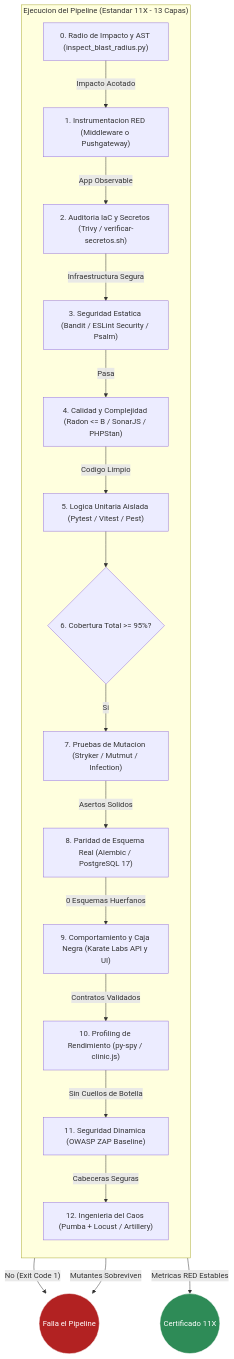
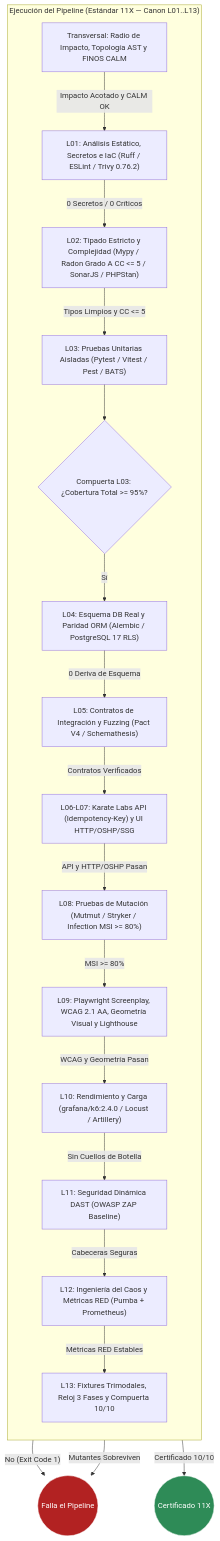
The third of 3 diagrams in docs/ARCHITECTURE_C4.es.md (tecno-consultores/qa-testing-blueprints), drawn with Mermaid before and after one commit. The commit also changed other lines of this file and 304 other files, not shown here.

````diff
--- a/docs/ARCHITECTURE_C4.es.md
+++ b/docs/ARCHITECTURE_C4.es.md
@@ -117,41 +117,43 @@
 ```mermaid
 flowchart TD
-    subgraph Pipeline11X["Ejecucion del Pipeline (Estandar 11X - 13 Capas)"]
+    subgraph Pipeline11X["Ejecución del Pipeline (Estándar 11X — Canon L01..L13)"]
         direction TB
 
-        Blast["0. Radio de Impacto y AST (inspect_blast_radius.py)"]
-        Obs["1. Instrumentacion RED (Middleware o Pushgateway)"]
-        IaC["2. Auditoria IaC y Secretos (Trivy / verificar-secretos.sh)"]
-        SAST["3. Seguridad Estatica (Bandit / ESLint Security / Psalm)"]
-        Static["4. Calidad y Complejidad (Radon <= B / SonarJS / PHPStan)"]
-        Unit["5. Logica Unitaria Aislada (Pytest / Vitest / Pest)"]
-        Coverage{"6. Cobertura Total >= 95%?"}
-        Mutation["7. Pruebas de Mutacion (Stryker / Mutmut / Infection)"]
-        Parity["8. Paridad de Esquema Real (Alembic / PostgreSQL 17)"]
-        BDD["9. Comportamiento y Caja Negra (Karate Labs API y UI)"]
-        Performance["10. Profiling de Rendimiento (py-spy / clinic.js)"]
-        DAST["11. Seguridad Dinamica (OWASP ZAP Baseline)"]
-        Chaos["12. Ingenieria del Caos (Pumba + Locust / Artillery)"]
+        Blast["Transversal: Radio de Impacto, Topología AST y FINOS CALM"]
+        L01["L01: Análisis Estático, Secretos e IaC (Ruff / ESLint / Trivy 0.76.2)"]
+        L02["L02: Tipado Estricto y Complejidad (Mypy / Radon Grado A CC <= 5 / SonarJS / PHPStan)"]
+        L03["L03: Pruebas Unitarias Aisladas (Pytest / Vitest / Pest / BATS)"]
+        Coverage{"Compuerta L03: ¿Cobertura Total >= 95%?"}
+        L04["L04: Esquema DB Real y Paridad ORM (Alembic / PostgreSQL 17 RLS)"]
+        L05["L05: Contratos de Integración y Fuzzing (Pact V4 / Schemathesis)"]
+        L06L07["L06-L07: Karate Labs API (Idempotency-Key) y UI HTTP/OSHP/SSG"]
+        L08["L08: Pruebas de Mutación (Mutmut / Stryker / Infection MSI >= 80%)"]
+        L09["L09: Playwright Screenplay, WCAG 2.1 AA, Geometría Visual y Lighthouse"]
+        L10["L10: Rendimiento y Carga (grafana/k6:2.4.0 / Locust / Artillery)"]
+        L11["L11: Seguridad Dinámica DAST (OWASP ZAP Baseline)"]
+        L12["L12: Ingeniería del Caos y Métricas RED (Pumba + Prometheus)"]
+        L13["L13: Fixtures Trimodales, Reloj 3 Fases y Compuerta 10/10"]
     end
 
-    Blast -->|"Impacto Acotado"| Obs
-    Obs -->|"App Observable"| IaC
-    IaC -->|"Infraestructura Segura"| SAST
-    SAST -->|"Pasa"| Static
-    Static -->|"Codigo Limpio"| Unit
-    Unit --> Coverage
-    Coverage -->|"Si"| Mutation
+    Blast -->|"Impacto Acotado y CALM OK"| L01
+    L01 -->|"0 Secretos / 0 Críticos"| L02
+    L02 -->|"Tipos Limpios y CC <= 5"| L03
+    L03 --> Coverage
+    Coverage -->|"Sí"| L04
     Coverage -->|"No (Exit Code 1)"| FallaPipeline(("Falla el Pipeline"))
-    Mutation -->|"Mutantes Sobreviven"| FallaPipeline
-    Mutation -->|"Asertos Solidos"| Parity
-    Parity -->|"0 Esquemas Huerfanos"| BDD
-    BDD -->|"Contratos Validados"| Performance
-    Performance -->|"Sin Cuellos de Botella"| DAST
-    DAST -->|"Cabeceras Seguras"| Chaos
-    Chaos -->|"Metricas RED Estables"| Exito(("Certificado 11X"))
+    L04 -->|"0 Deriva de Esquema"| L05
+    L05 -->|"Contratos Verificados"| L06L07
+    L06L07 -->|"API y HTTP/OSHP Pasan"| L08
+    L08 -->|"Mutantes Sobreviven"| FallaPipeline
+    L08 -->|"MSI >= 80%"| L09
+    L09 -->|"WCAG y Geometría Pasan"| L10
+    L10 -->|"Sin Cuellos de Botella"| L11
+    L11 -->|"Cabeceras Seguras"| L12
+    L12 -->|"Métricas RED Estables"| L13
+    L13 -->|"Certificado 10/10"| Exito(("Certificado 11X"))
 
     classDef pass fill:#2e8b57,stroke:#fff,color:#fff;
     classDef fail fill:#b22222,stroke:#fff,color:#fff;
     class Exito pass;
     class FallaPipeline fail;
 ```
````
